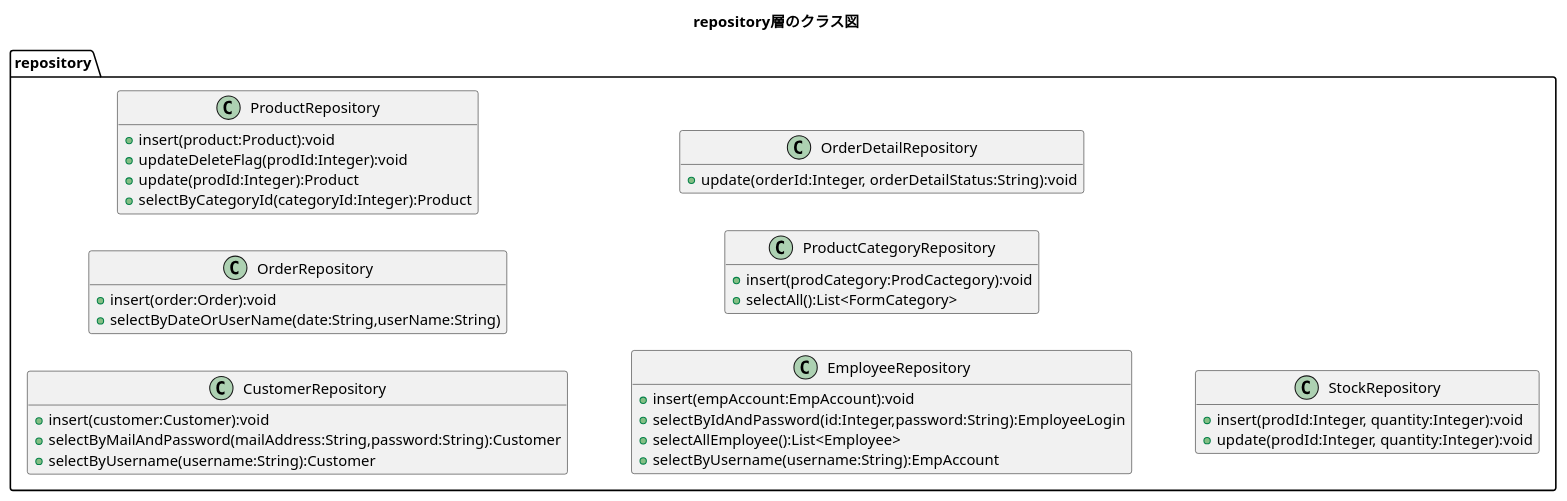
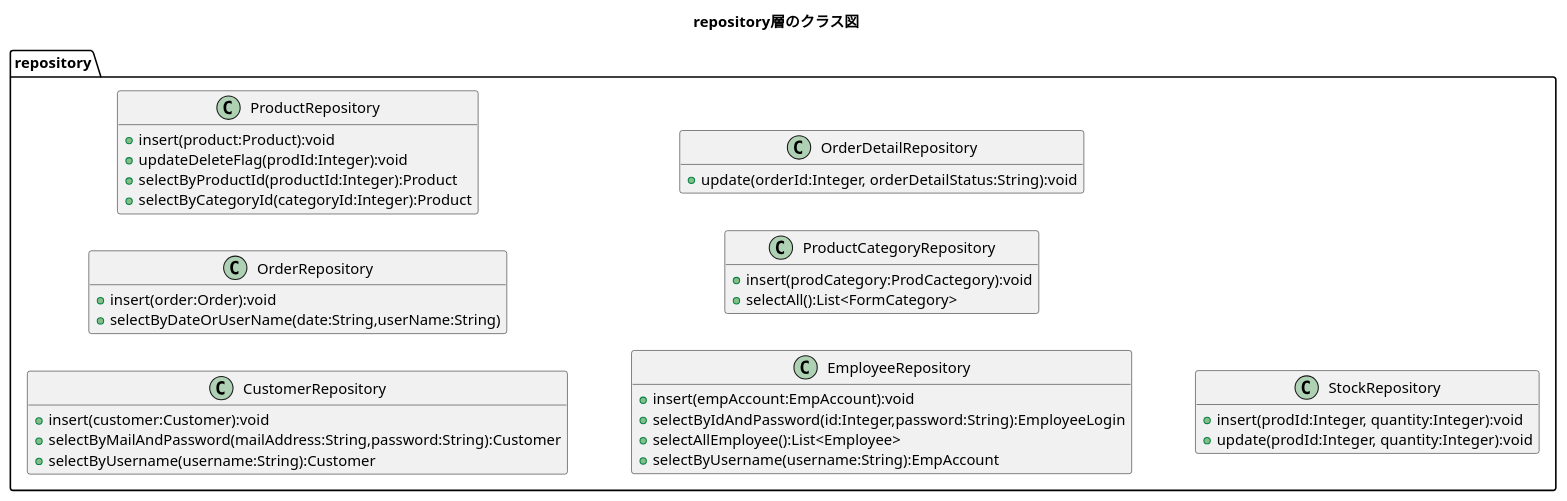
Before and after one commit to kanavii3333/ec-b: the diagram in plan/uml/class/repository.plantuml, drawn with PlantUML. The commit also changed 2 other files, not shown here.

Commit message:
削除と修正の際にレコードを取ってくるシーケンス図追加

```diff
--- a/plan/uml/class/repository.plantuml
+++ b/plan/uml/class/repository.plantuml
@@ -1,45 +1,45 @@
 @startuml
 title repository層のクラス図
 hide empty members
 left to right direction
 
 package repository{
     class CustomerRepository{
         +insert(customer:Customer):void
         +selectByMailAndPassword(mailAddress:String,password:String):Customer
         +selectByUsername(username:String):Customer
     }
 
     class OrderRepository{
         +insert(order:Order):void
         +selectByDateOrUserName(date:String,userName:String)
     }
 
     class ProductRepository{
         +insert(product:Product):void
 		+updateDeleteFlag(prodId:Integer):void
-        +update(prodId:Integer):Product
+        +selectByProductId(productId:Integer):Product
         +selectByCategoryId(categoryId:Integer):Product
     }
 
     class EmployeeRepository{
         +insert(empAccount:EmpAccount):void
         +selectByIdAndPassword(id:Integer,password:String):EmployeeLogin
         +selectAllEmployee():List<Employee>
         +selectByUsername(username:String):EmpAccount
     }
 
     class ProductCategoryRepository{
         +insert(prodCategory:ProdCactegory):void
         +selectAll():List<FormCategory>
     }
 
     class OrderDetailRepository{
         +update(orderId:Integer, orderDetailStatus:String):void
     }
     
     class StockRepository{
     	+insert(prodId:Integer, quantity:Integer):void
     	+update(prodId:Integer, quantity:Integer):void
 	}
 @enduml
```
